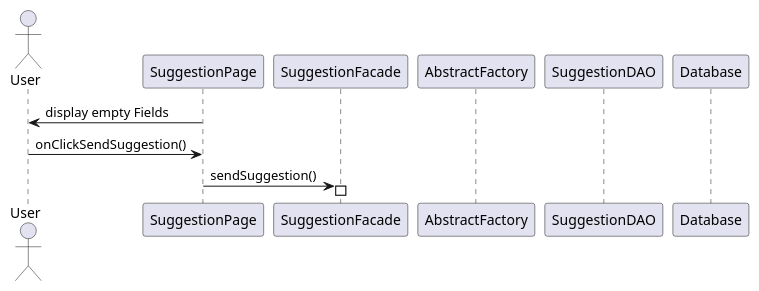
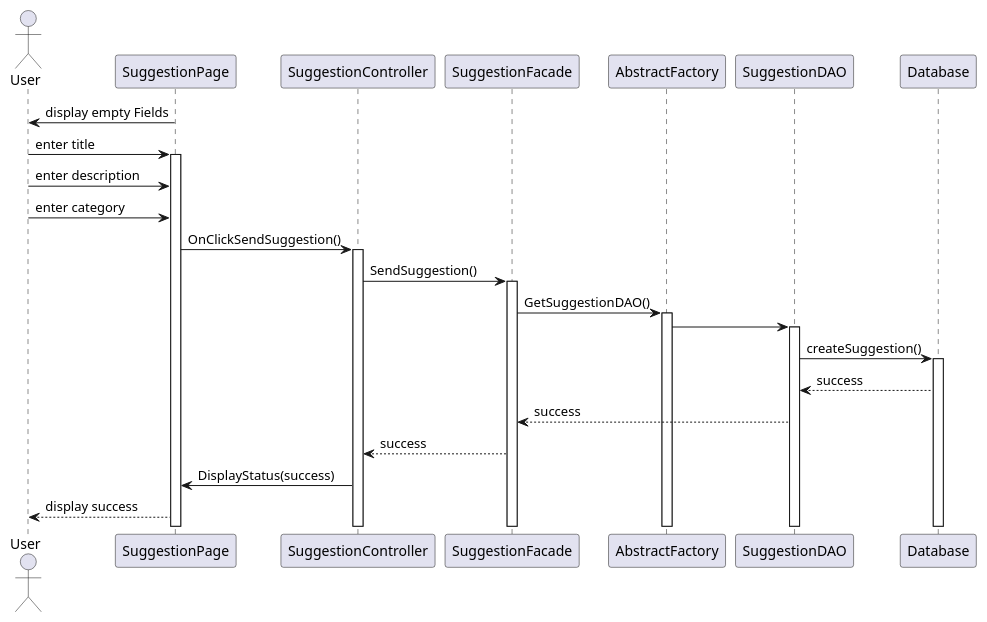
One commit to iusildra/WineCellar changed the first of 3 diagrams in doc/reports/final/suggestions/suggestions_sequenceDiagram.plantuml. Above: the diagram before and after it, drawn with PlantUML. The commit also changed other lines of this file and 1 other file, not shown here.

Commit message:
reworking class diagram & sequence diagram

```diff
--- a/doc/reports/final/suggestions/suggestions_sequenceDiagram.plantuml
+++ b/doc/reports/final/suggestions/suggestions_sequenceDiagram.plantuml
@@ -1,16 +1,28 @@
 @startuml
 
 skinparam responseMessageBelowArrow true
 
  actor User
  participant "SuggestionPage" as UI
+ participant "SuggestionController" as Controller
  participant "SuggestionFacade" as Facade
  participant "AbstractFactory" as Factory
  participant "SuggestionDAO" as DAO
  participant "Database" as DB
 
     UI -> User : display empty Fields
-    User -> UI : onClickSendSuggestion()
-    UI -> Facade++ : sendSuggestion()
+    User -> UI++ : enter title
+    User -> UI : enter description
+    User -> UI : enter category
+    UI -> Controller++ : OnClickSendSuggestion()
+    Controller -> Facade++ : SendSuggestion()
+    Facade -> Factory++ : GetSuggestionDAO()
+    Factory -> DAO++ :
+    DAO -> DB++ : createSuggestion()
+    DB --> DAO : success
+    DAO --> Facade : success
+    Facade --> Controller : success
+    Controller -> UI : DisplayStatus(success)
+    UI --> User : display success
 
 @enduml
```
